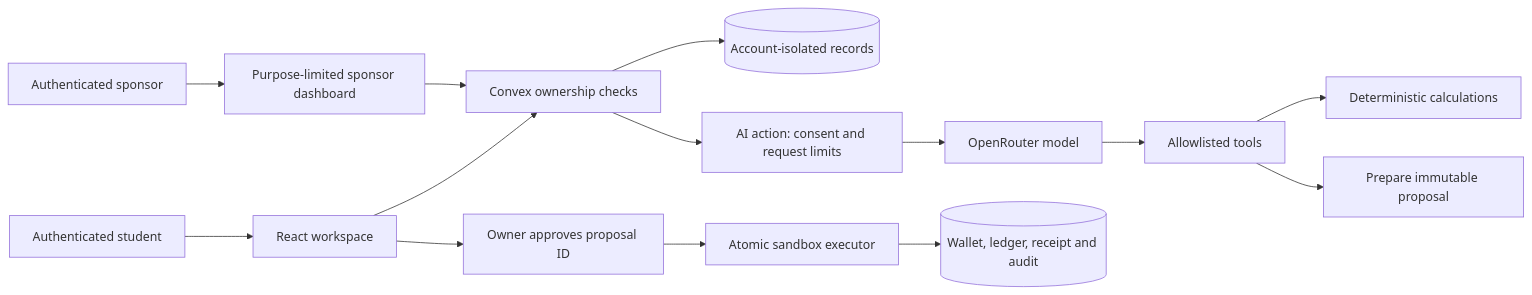
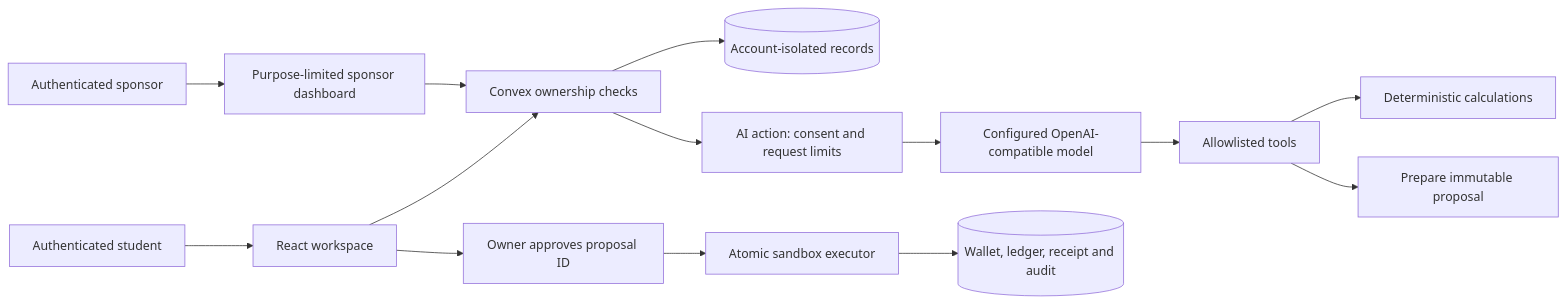
One commit to qwlp/fintech changed the diagram in docs/architecture.md. Above: the diagram before and after it, drawn with Mermaid. The commit also changed other lines of this file and 38 other files, not shown here.

Commit message:
Fix financial task flows and audit International Track readiness

````diff
--- a/docs/architecture.md
+++ b/docs/architecture.md
@@ -9,16 +9,16 @@
 ```mermaid
 flowchart LR
   Student[Authenticated student] --> UI[React workspace]
   Sponsor[Authenticated sponsor] --> SponsorUI[Purpose-limited sponsor dashboard]
   UI --> Auth[Convex ownership checks]
   SponsorUI --> Auth
   Auth --> DB[(Account-isolated records)]
   Auth --> Chat[AI action: consent and request limits]
-  Chat --> Model[OpenRouter model]
+  Chat --> Model[Configured OpenAI-compatible model]
   Model --> Tools[Allowlisted tools]
   Tools --> Calc[Deterministic calculations]
   Tools --> Draft[Prepare immutable proposal]
   UI --> Approval[Owner approves proposal ID]
   Approval --> Execute[Atomic sandbox executor]
   Execute --> Ledger[(Wallet, ledger, receipt and audit)]
 ```
````
